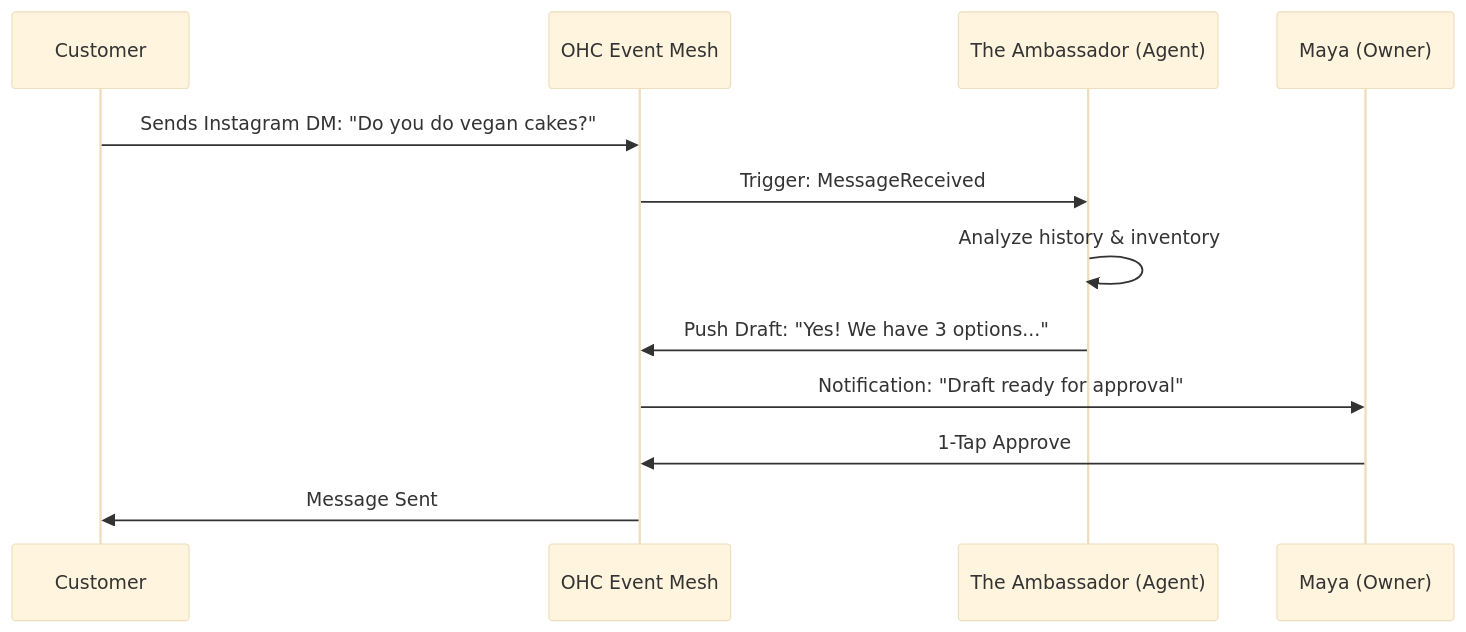
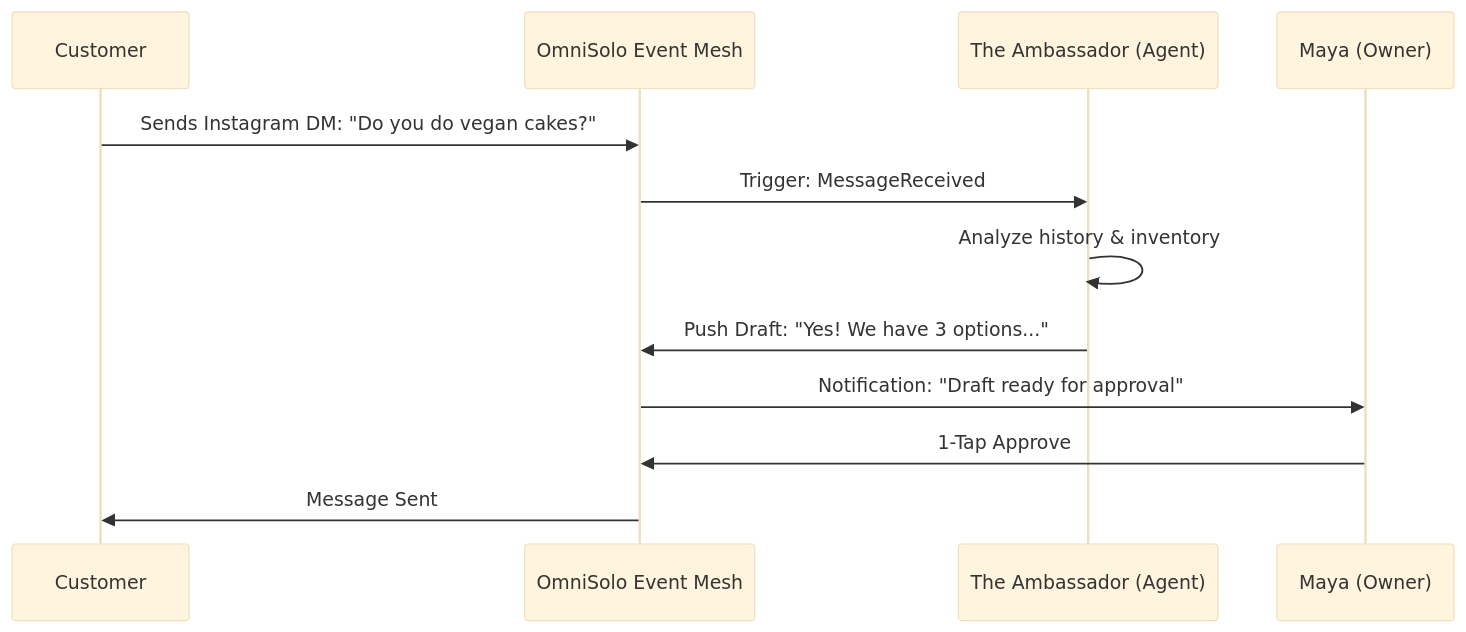
The diagram in docs/research/[research]_proactive_autonomous_agents.md (omnisolo-llc/onehumancorp), drawn with Mermaid (base theme) before and after one commit. The commit also changed other lines of this file and 2191 other files, not shown here.

Commit message:
feat: complete OmniSolo rename and browser audit

````diff
--- a/docs/research/[research]_proactive_autonomous_agents.md
+++ b/docs/research/[research]_proactive_autonomous_agents.md
@@ -13,15 +13,15 @@
 ```mermaid
 sequenceDiagram
     participant Customer
-    participant Mesh as OHC Event Mesh
+    participant Mesh as OmniSolo Event Mesh
     participant Ambassador as The Ambassador (Agent)
     participant Maya as Maya (Owner)
 
     Customer->>Mesh: Sends Instagram DM: "Do you do vegan cakes?"
     Mesh->>Ambassador: Trigger: MessageReceived
     Ambassador->>Ambassador: Analyze history & inventory
     Ambassador->>Mesh: Push Draft: "Yes! We have 3 options..."
     Mesh->>Maya: Notification: "Draft ready for approval"
     Maya->>Mesh: 1-Tap Approve
     Mesh->>Customer: Message Sent
 ```
````
